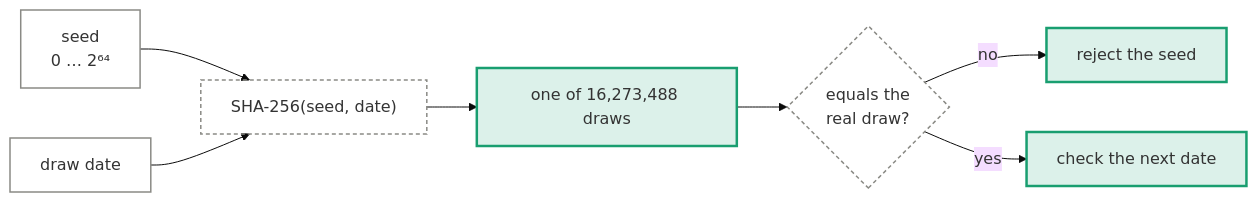
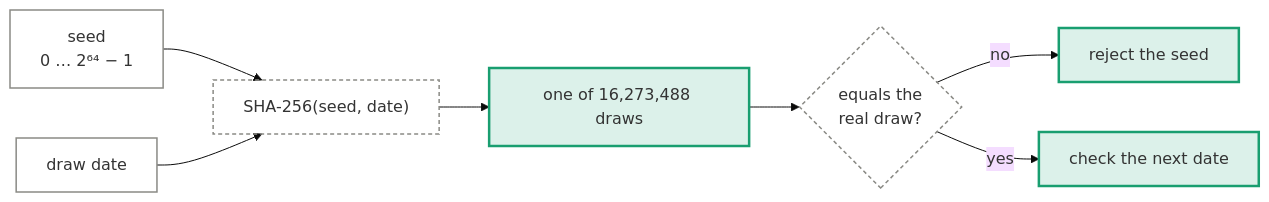
Before and after one commit to Timorleiderman/ILotto: the diagram in docs/side-quests/seed-search.md, drawn with Mermaid (base theme). The commit also changed other lines of this file and 11 other files, not shown here.

````diff
--- a/docs/side-quests/seed-search.md
+++ b/docs/side-quests/seed-search.md
@@ -25,18 +26,18 @@
 ```mermaid
 flowchart LR
-  S["seed<br/>0 … 2⁶⁴"] --> H["SHA-256(seed, date)"]
+  S["seed<br/>0 … 2⁶⁴ − 1"] --> H["SHA-256(seed, date)"]
   D["draw date"] --> H
   H --> O["one of 16,273,488 draws"]
   O --> C{"equals the<br/>real draw?"}
   C -- no --> R["reject the seed"]
   C -- yes --> N["check the next date"]
 
   class S,D data
   class H,C op
   class O,R,N out
   classDef data fill:none,stroke:#8a8a85,stroke-width:1.5px
   classDef learn fill:#2a78d626,stroke:#2a78d6,stroke-width:2px
   classDef op fill:none,stroke:#8a8a85,stroke-width:1.5px,stroke-dasharray:4 3
   classDef out fill:#199e7026,stroke:#199e70,stroke-width:2.5px
   classDef flaw fill:#e3494826,stroke:#e34948,stroke-width:3px
 ```
````
